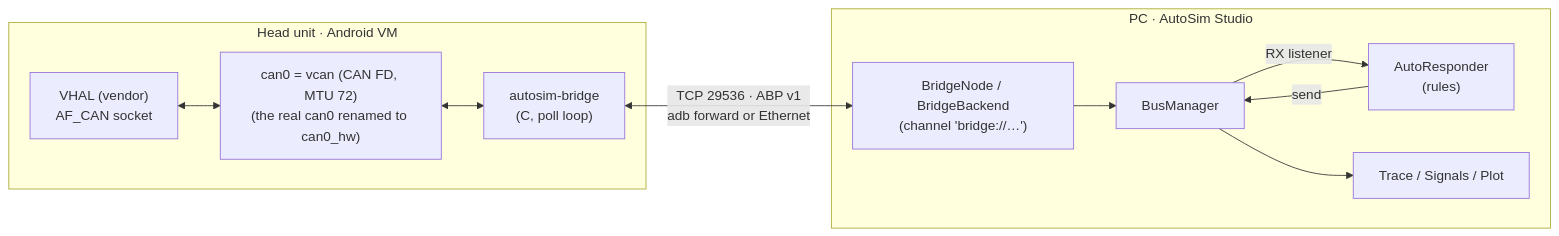
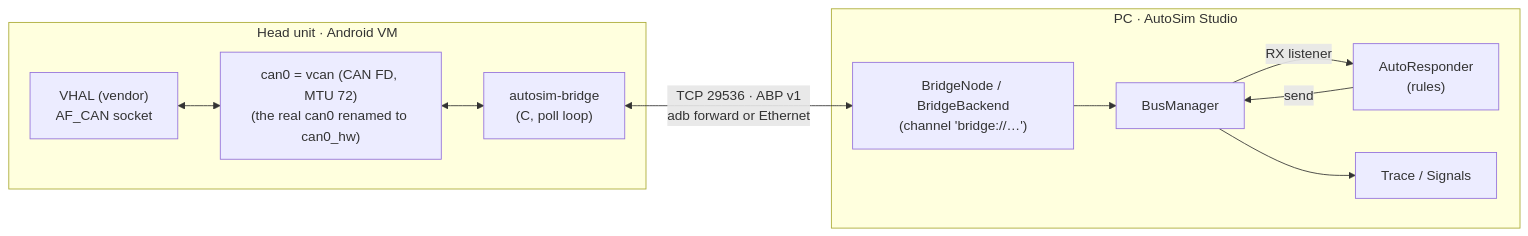
Before and after one commit to Thuongst97/CAN_SIMULATOR: the diagram in docs/ANDROID_BRIDGE.md, drawn with Mermaid. The commit also changed 24 other files, not shown here.

````diff
--- a/docs/ANDROID_BRIDGE.md
+++ b/docs/ANDROID_BRIDGE.md
@@ -13,14 +13,14 @@
 ```mermaid
 flowchart LR
     subgraph HU["Head unit · Android VM"]
         vhal["VHAL (vendor)<br/>AF_CAN socket"] <--> vcan["can0 = vcan (CAN FD, MTU 72)<br/>(the real can0 renamed to can0_hw)"]
         vcan <--> br["autosim-bridge<br/>(C, poll loop)"]
     end
     subgraph PC["PC · AutoSim Studio"]
         node["BridgeNode / BridgeBackend<br/>(channel 'bridge://…')"] --> bm["BusManager"]
         bm -- "RX listener" --> ar["AutoResponder<br/>(rules)"]
         ar -- "send" --> bm
-        bm --> trace["Trace / Signals / Plot"]
+        bm --> trace["Trace / Signals"]
     end
     br <-- "TCP 29536 · ABP v1<br/>adb forward or Ethernet" --> node
 ```
````
